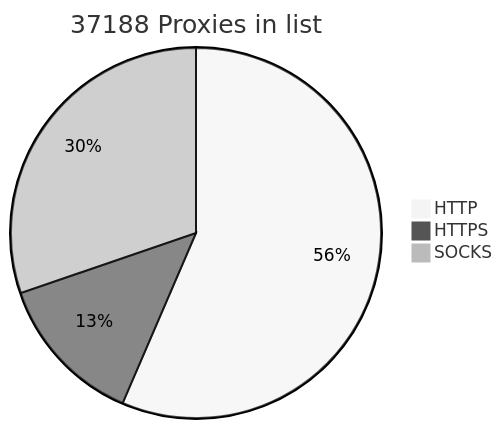
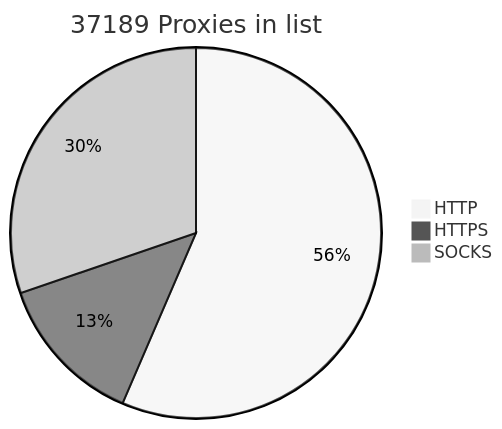
One commit to BlackSnowDot/proxylist-update-every-minute changed the diagram in README.md. Above: the diagram before and after it, drawn with Mermaid (neutral theme).

````diff
--- a/README.md
+++ b/README.md
@@ -2,6 +2,6 @@
 ```mermaid
-pie title 37188 Proxies in list
+pie title 37189 Proxies in list
     "HTTP" : 23340
-    "HTTPS": 5481
+    "HTTPS": 5482
     "SOCKS" : 12503
 ```
````
